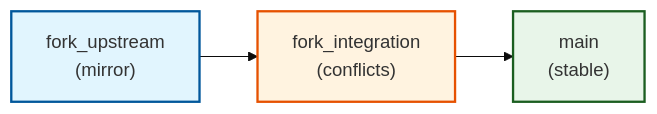
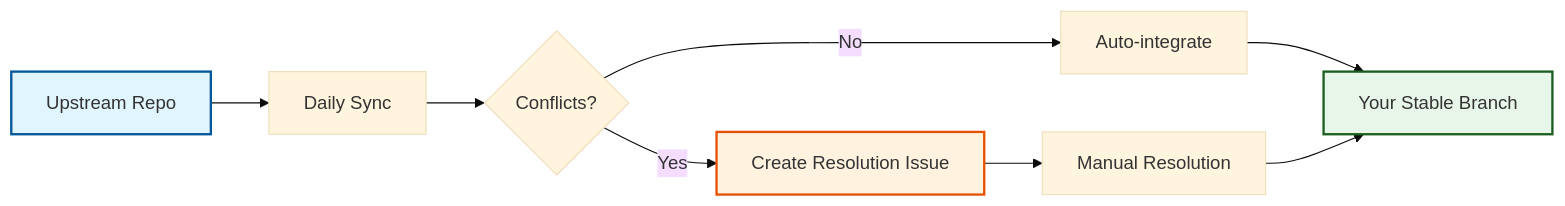
Before and after one commit to danielscholl-osdu/osdu-fork-template: the diagram in README.md, drawn with Mermaid (base theme). The commit also changed other lines of this file and 43 other files, not shown here.

````diff
--- a/README.md
+++ b/README.md
@@ -41,9 +52,14 @@
 ```mermaid
 graph LR
-   fork_upstream["fork_upstream<br/>(mirror)"] --> fork_integration["fork_integration<br/>(conflicts)"]
-   fork_integration --> main["main<br/>(stable)"]
-   
-   style fork_upstream fill:#e1f5fe,stroke:#01579b,stroke-width:2px
-   style fork_integration fill:#fff3e0,stroke:#e65100,stroke-width:2px
-   style main fill:#e8f5e9,stroke:#1b5e20,stroke-width:2px
+    A[Upstream Repo] --> B[Daily Sync]
+    B --> C{Conflicts?}
+    C -->|No| D[Auto-integrate]
+    C -->|Yes| E[Create Resolution Issue]
+    D --> F[Your Stable Branch]
+    E --> G[Manual Resolution]
+    G --> F
+    
+    style A fill:#e1f5fe,stroke:#01579b,stroke-width:2px
+    style F fill:#e8f5e9,stroke:#1b5e20,stroke-width:2px
+    style E fill:#fff3e0,stroke:#e65100,stroke-width:2px
 ```
````
